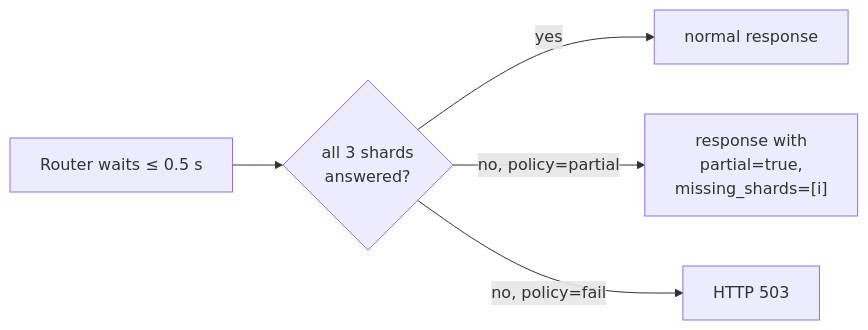
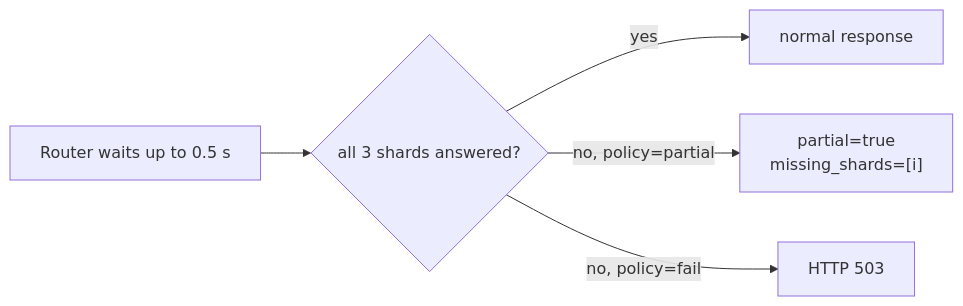
One commit to node31/fiqa-agentic-retrieval changed the third of 8 diagrams in docs/from_zero/07_part_b_distributed.md. Above: the diagram before and after it, drawn with Mermaid. The commit also changed other lines of this file and 9 other files, not shown here.

````diff
--- a/docs/from_zero/07_part_b_distributed.md
+++ b/docs/from_zero/07_part_b_distributed.md
@@ -179,7 +108,7 @@
 ```mermaid
 flowchart LR
-    R["Router waits ≤ 0.5 s"] --> A{"all 3 shards<br/>answered?"}
+    R["Router waits up to 0.5 s"] --> A{"all 3 shards answered?"}
     A -- yes --> OK["normal response"]
-    A -- "no, policy=partial" --> P["response with<br/>partial=true,<br/>missing_shards=[i]"]
+    A -- "no, policy=partial" --> P["partial=true<br/>missing_shards=[i]"]
     A -- "no, policy=fail" --> F["HTTP 503"]
 ```
````
